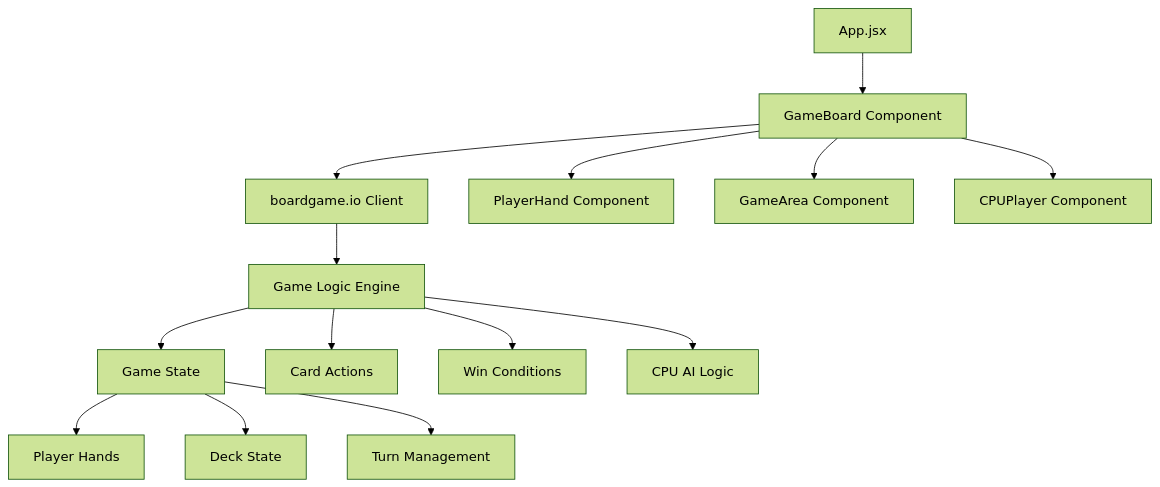
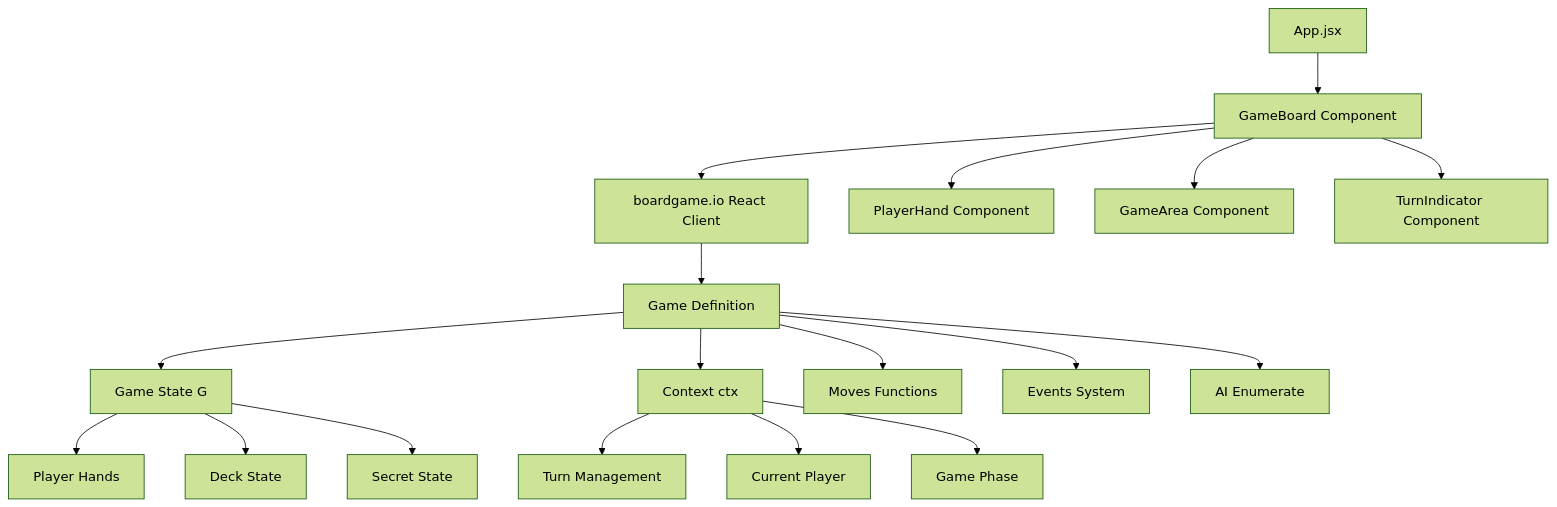
Before and after one commit to johnwards/cardgame: the diagram in specs/phase-1/design.md, drawn with Mermaid (forest theme). The commit also changed other lines of this file and 2 other files, not shown here.

````diff
--- a/specs/phase-1/design.md
+++ b/specs/phase-1/design.md
@@ -17,16 +17,20 @@
 ```mermaid
 graph TB
     A[App.jsx] --> B[GameBoard Component]
-    B --> C[boardgame.io Client]
-    C --> D[Game Logic Engine]
-    D --> E[Game State]
-    E --> F[Player Hands]
-    E --> G[Deck State]
-    E --> H[Turn Management]
-    B --> I[PlayerHand Component]
-    B --> J[GameArea Component]
-    B --> K[CPUPlayer Component]
-    D --> L[Card Actions]
-    D --> M[Win Conditions]
-    D --> N[CPU AI Logic]
+    B --> C[boardgame.io React Client]
+    C --> D[Game Definition]
+    D --> E[Game State G]
+    D --> F[Context ctx]
+    E --> G[Player Hands]
+    E --> H[Deck State]
+    E --> I[Secret State]
+    F --> J[Turn Management]
+    F --> K[Current Player]
+    F --> L[Game Phase]
+    D --> M[Moves Functions]
+    D --> N[Events System]
+    D --> O[AI Enumerate]
+    B --> P[PlayerHand Component]
+    B --> Q[GameArea Component]
+    B --> R[TurnIndicator Component]
 ```
````
